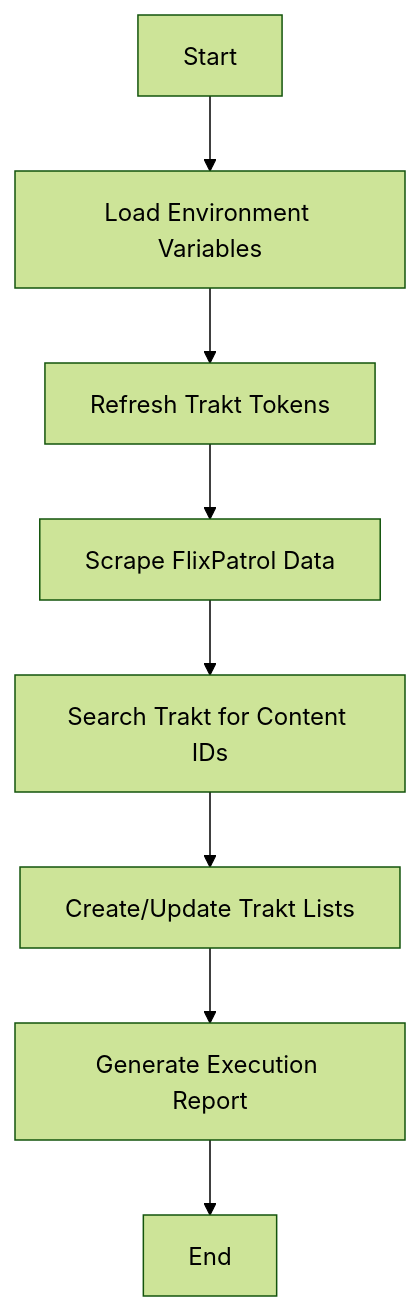
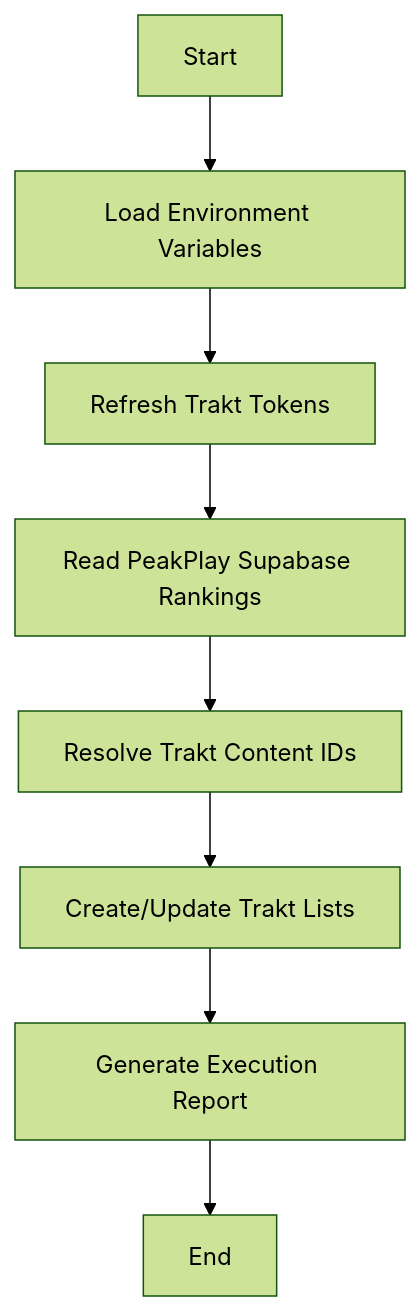
Before and after one commit to pcarrasqueira/top-streaming-services-data-portugal: the diagram in README.md, drawn with Mermaid (forest theme). The commit also changed other lines of this file and 9 other files, not shown here.

Commit message:
feat: read Trakt rankings from PeakPlay Supabase

````diff
--- a/README.md
+++ b/README.md
@@ -171,10 +168,10 @@
 ```mermaid
 graph TD
     A[Start] --> B[Load Environment Variables]
     B --> C[Refresh Trakt Tokens]
-    C --> D[Scrape FlixPatrol Data]
-    D --> E[Search Trakt for Content IDs]
+    C --> D[Read PeakPlay Supabase Rankings]
+    D --> E[Resolve Trakt Content IDs]
     E --> F[Create/Update Trakt Lists]
     F --> G[Generate Execution Report]
     G --> H[End]
 ```
````
